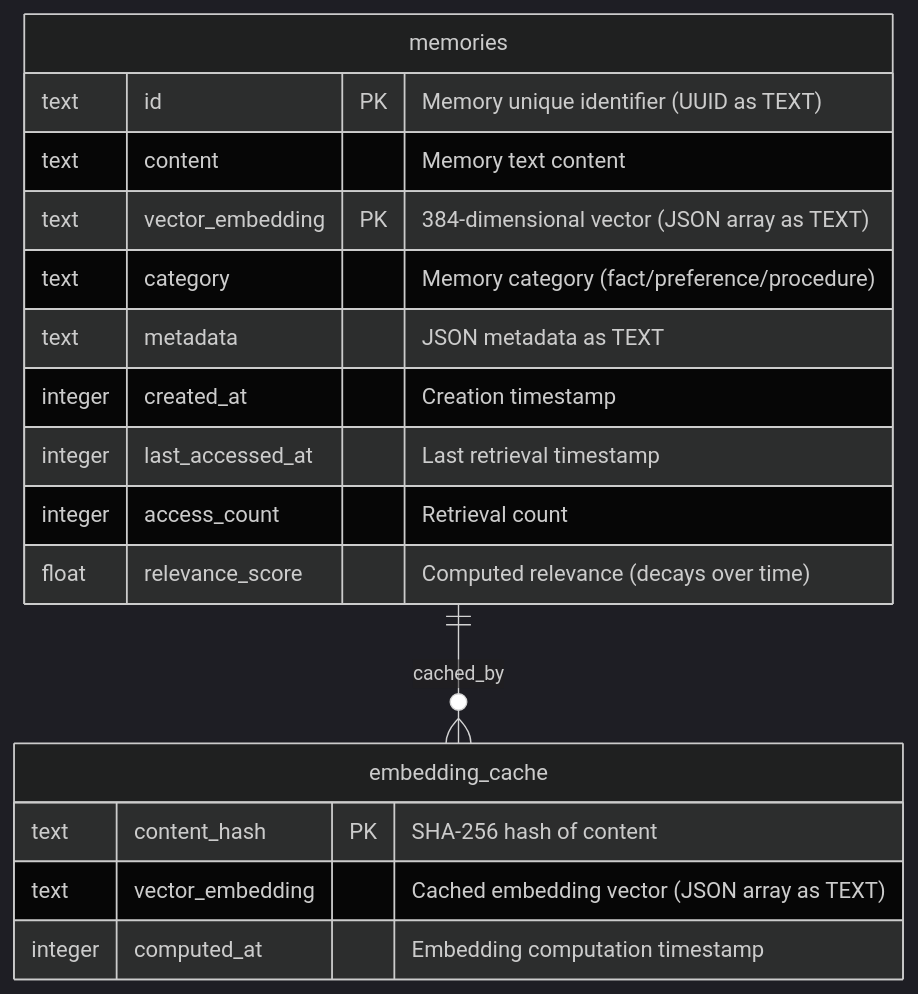
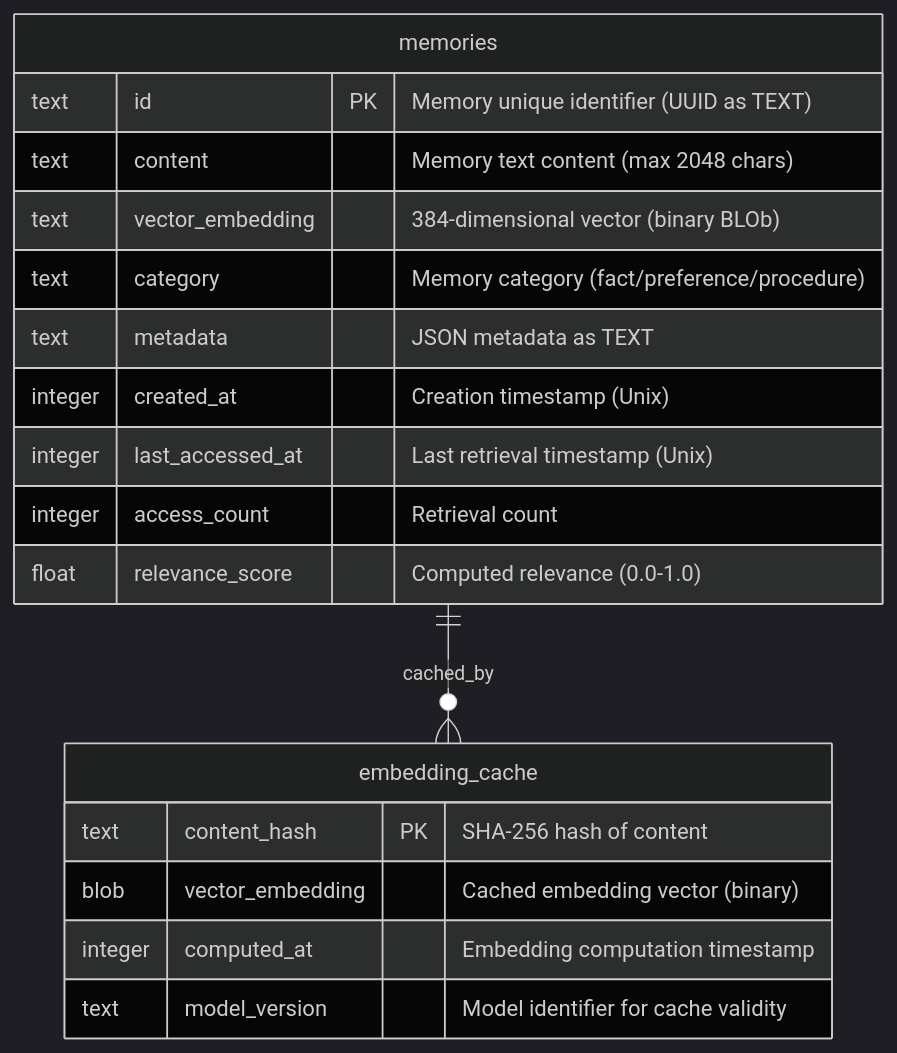
One commit to openkraken-ai/openkraken changed the third of 5 diagrams in TechSpec.md. Above: the diagram before and after it, drawn with Mermaid (dark theme). The commit also changed other lines of this file and 2 other files, not shown here.

First line of the commit message:
docs(architecture): Complete architectural documentation with unified terminology and specifications

````diff
--- a/TechSpec.md
+++ b/TechSpec.md
@@ -220,22 +220,23 @@
 ```mermaid
 erDiagram
     memories {
         text id PK "Memory unique identifier (UUID as TEXT)"
-        text content "Memory text content"
-        text vector_embedding PK "384-dimensional vector (JSON array as TEXT)"
+        text content "Memory text content (max 2048 chars)"
+        text vector_embedding "384-dimensional vector (binary BLOb)"
         text category "Memory category (fact/preference/procedure)"
         text metadata "JSON metadata as TEXT"
-        integer created_at "Creation timestamp"
-        integer last_accessed_at "Last retrieval timestamp"
+        integer created_at "Creation timestamp (Unix)"
+        integer last_accessed_at "Last retrieval timestamp (Unix)"
         integer access_count "Retrieval count"
-        float relevance_score "Computed relevance (decays over time)"
+        float relevance_score "Computed relevance (0.0-1.0)"
     }
     
     embedding_cache {
         text content_hash PK "SHA-256 hash of content"
-        text vector_embedding "Cached embedding vector (JSON array as TEXT)"
+        blob vector_embedding "Cached embedding vector (binary)"
         integer computed_at "Embedding computation timestamp"
+        text model_version "Model identifier for cache validity"
     }
     
     memories ||--o{ embedding_cache : "cached_by"
 ```
````
